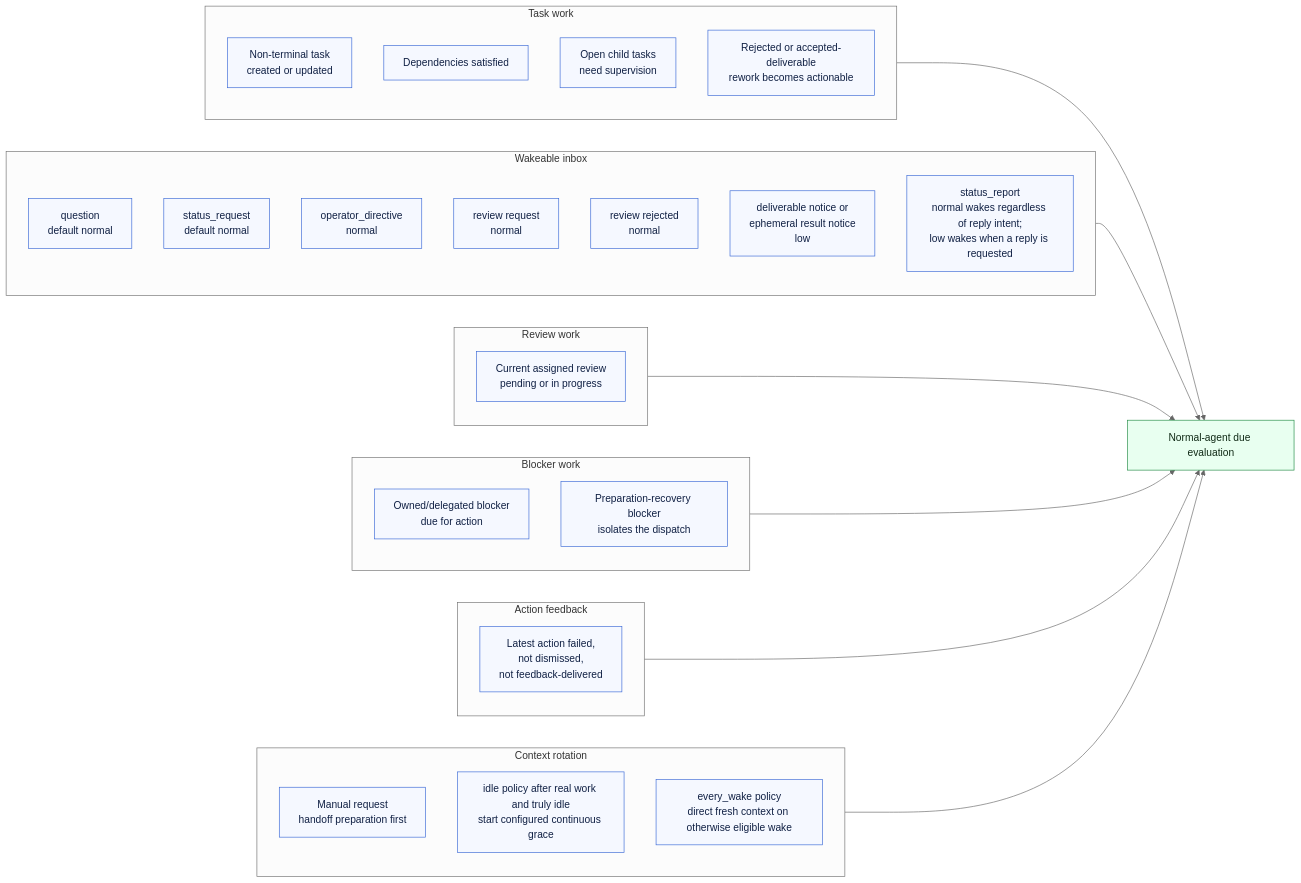
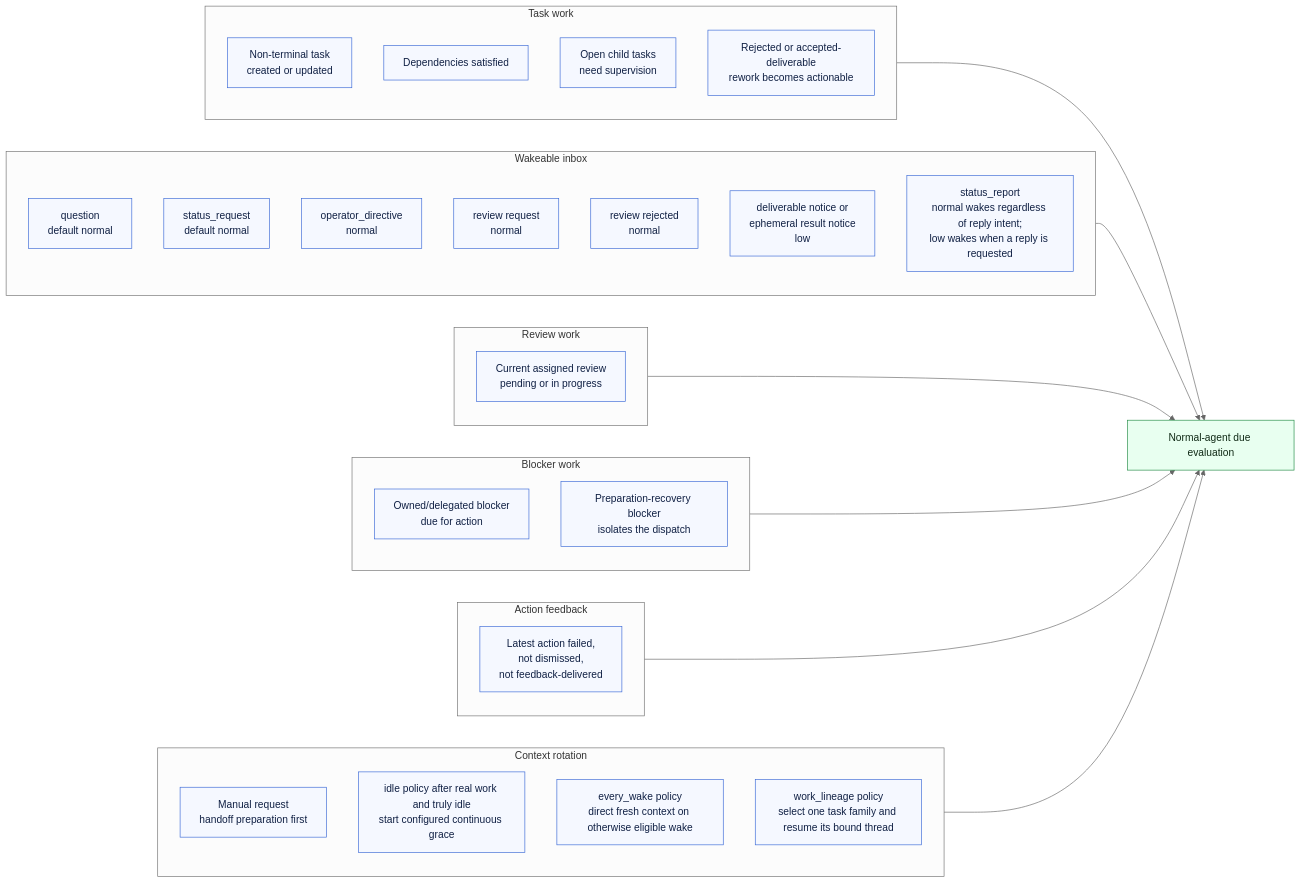
Before and after one commit to QuinthSoftwareSolutions/evander: the fourth of 10 diagrams in docs/team-addon-wake-decision-tree.md, drawn with Mermaid (neutral theme). The commit also changed other lines of this file and 33 other files, not shown here.

Commit message:
feat(team): add work-lineage context routing

````diff
--- a/docs/team-addon-wake-decision-tree.md
+++ b/docs/team-addon-wake-decision-tree.md
@@ -207,50 +212,51 @@
 ```mermaid
 flowchart LR
     subgraph TaskWork["Task work"]
         new_task["Non-terminal task<br/>created or updated"]
         deps["Dependencies satisfied"]
         children["Open child tasks<br/>need supervision"]
         rework["Rejected or accepted-deliverable<br/>rework becomes actionable"]
     end
 
     subgraph Inbox["Wakeable inbox"]
         question["question<br/>default normal"]
         status_request["status_request<br/>default normal"]
         operator_directive["operator_directive<br/>normal"]
         review_request["review request<br/>normal"]
         review_rejected["review rejected<br/>normal"]
         low_notice["deliverable notice or<br/>ephemeral result notice<br/>low"]
         status_report["status_report<br/>normal wakes regardless of reply intent;<br/>low wakes when a reply is requested"]
     end
 
     subgraph Review["Review work"]
         review_pending["Current assigned review<br/>pending or in progress"]
     end
 
     subgraph Blocker["Blocker work"]
         blocker_due["Owned/delegated blocker<br/>due for action"]
         prep_recovery["Preparation-recovery blocker<br/>isolates the dispatch"]
     end
 
     subgraph Feedback["Action feedback"]
         invalid_action["Latest action failed,<br/>not dismissed,<br/>not feedback-delivered"]
     end
 
     subgraph Rotation["Context rotation"]
         manual["Manual request<br/>handoff preparation first"]
         idle["idle policy after real work and truly idle<br/>start configured continuous grace"]
         every_wake["every_wake policy<br/>direct fresh context on otherwise eligible wake"]
+        work_lineage["work_lineage policy<br/>select one task family and resume its bound thread"]
     end
 
     TaskWork --> normal_due["Normal-agent due evaluation"]
     Inbox --> normal_due
     Review --> normal_due
     Blocker --> normal_due
     Feedback --> normal_due
     Rotation --> normal_due
 
     classDef source fill:#f5f8ff,stroke:#3867d6,color:#102044;
     classDef sink fill:#e8fff0,stroke:#208a42,color:#102a16;
-    class new_task,deps,children,rework,question,status_request,operator_directive,review_request,review_rejected,low_notice,status_report,review_pending,blocker_due,prep_recovery,invalid_action,manual,idle,every_wake source;
+    class new_task,deps,children,rework,question,status_request,operator_directive,review_request,review_rejected,low_notice,status_report,review_pending,blocker_due,prep_recovery,invalid_action,manual,idle,every_wake,work_lineage source;
     class normal_due sink;
 ```
````
